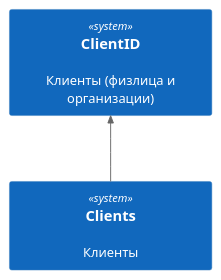
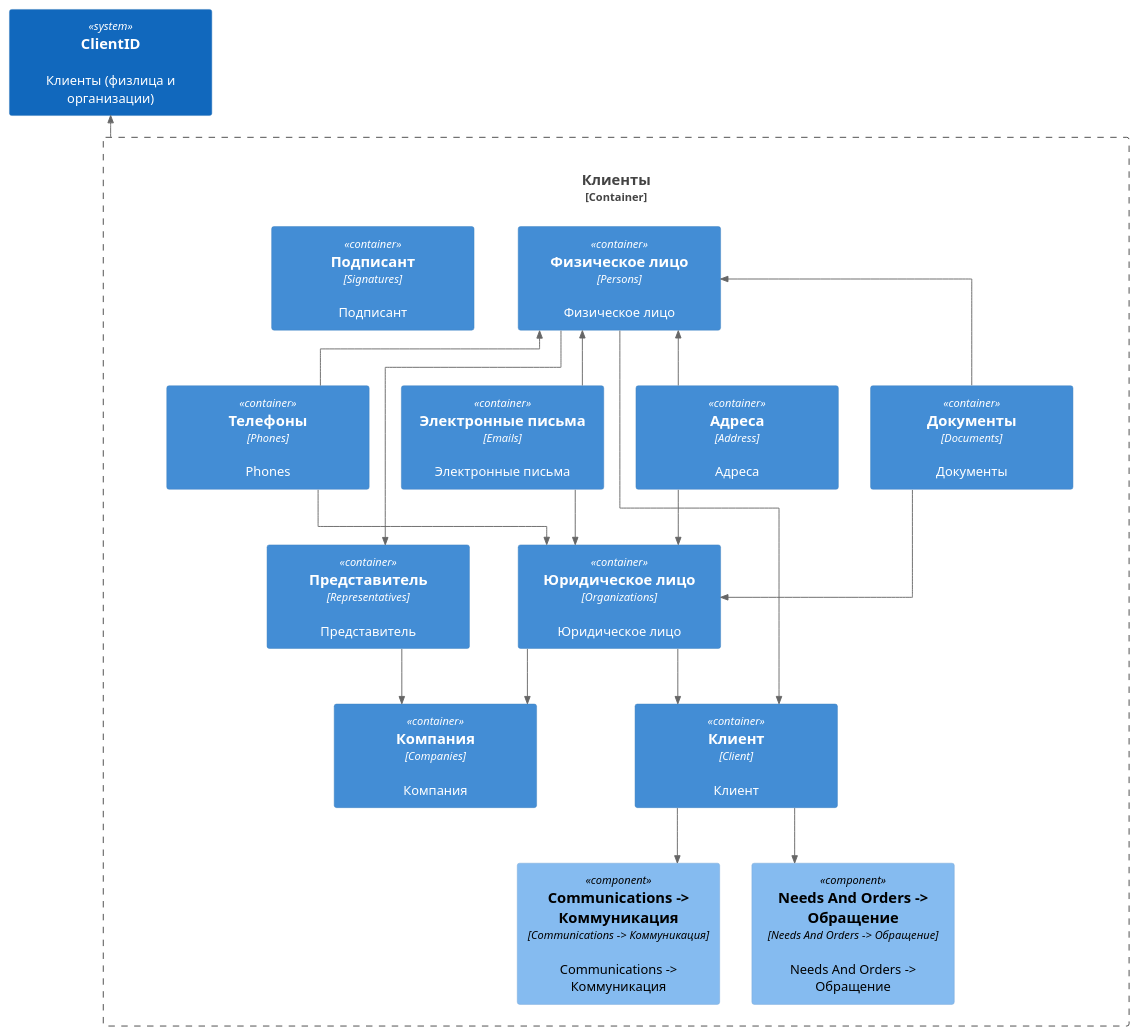
One commit to lulya31/some changed the diagram in static/05_01_07_01_img/clients.puml. Above: the diagram before and after it, drawn with PlantUML. The commit also changed other lines of this file and 2 other files, not shown here.

```diff
--- a/static/05_01_07_01_img/clients.puml
+++ b/static/05_01_07_01_img/clients.puml
@@ -4,19 +4,62 @@
 @startuml
 
 '!include https://raw.githubusercontent.com/plantuml-stdlib/C4-PlantUML/master/C4_Context.puml
 
 !include static/includes/c4_context.puml
 !include static/includes/c4_container.puml
+!include static/includes/c4_component.puml
 
 'skinparam svgLinkTarget _blank
 skinparam backgroundcolor transparent
 skinparam minClassWidth 200
+'skinparam linetype polyline
+skinparam linetype ortho
 
 LAYOUT_TOP_DOWN()
 
 System(clientid, "ClientID", "Клиенты (физлица и организации)", $link="/05_c4/01_core/07_clientid/")
-System(clients, "Clients", "Клиенты")
+'System(clients, "Clients", "Клиенты")
+'Container(spa, "Single Page Application", "javascript and angular", "Provides all the internet banking functionality to customers via their web browser.")
+
+Container_Boundary(clients, "Клиенты") {
+    Container(address, "Адреса", "Address", "Адреса")
+    Container(documents, "Документы", "Documents", "Документы")
+    Container(phones, "Телефоны", "Phones", "Phones")
+    Container(emails, "Электронные письма", "Emails", "Электронные письма")
+
+    Container(persons, "Физическое лицо", "Persons", "Физическое лицо")
+    Container(organizations, "Юридическое лицо", "Organizations", "Юридическое лицо")
+
+    Container(companies, "Компания", "Companies", "Компания")
+    Container(representatives, "Представитель", "Representatives", "Представитель")
+
+    Container(client, "Клиент", "Client", "Клиент")
+    Component(communications, "Communications -> Коммуникация", "Communications -> Коммуникация", "Communications -> Коммуникация", $link="/05_c4/01_core/04_communications/01_communication/")
+    Component(requests, "Needs And Orders -> Обращение", "Needs And Orders -> Обращение", "Needs And Orders -> Обращение", $link="/05_c4/01_core/03_needs_and_orders/01_requests/")
+
+    Container(signatures, "Подписант", "Signatures", "Подписант")
+
+    Rel_U(address, persons, "")
+    Rel_U(documents, persons, "")
+    Rel_U(phones, persons, "")
+    Rel_U(emails, persons, "")
+
+    Rel_D(address, organizations, "")
+    Rel_D(documents, organizations, "")
+    Rel_D(phones, organizations, "")
+    Rel_D(emails, organizations, "")
+
+    Rel(persons, representatives, "")
+    Rel(persons, client, "")
+    Rel(organizations, client, "")
+    Rel(organizations, companies, "")
+
+    Rel(representatives, companies, "")
+
+    Rel_D(client, communications, "")
+    Rel_D(client, requests, "")
+}
 
 Rel_U(clients, clientid, "")
 
 @enduml
```
